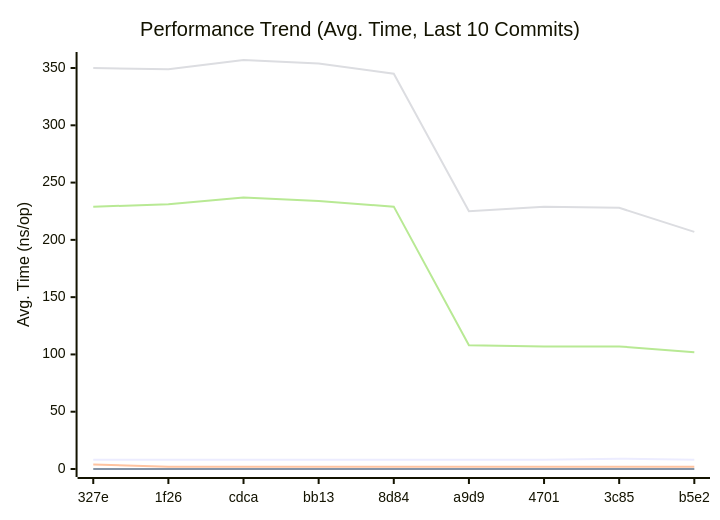
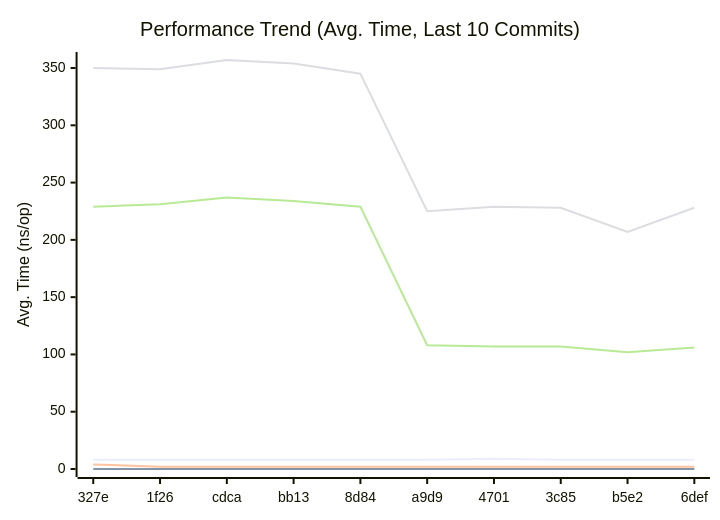
One commit to alsotoes/momo changed the first of 3 diagrams in doc/README.md. Above: the diagram before and after it, drawn with Mermaid. The commit also changed other lines of this file and 1 other file, not shown here.

````diff
--- a/doc/README.md
+++ b/doc/README.md
@@ -290,12 +290,12 @@
 ```mermaid
 xychart-beta
     title "Performance Trend (Avg. Time, Last 10 Commits)"
     x-axis "Commit"
     y-axis "Avg. Time (ns/op)"
-    x-axis [327e,1f26,cdca,bb13,8d84,a9d9,4701,3c85,b5e2]
-    line "CheckMetricsAndSwap" [8,8,8,8,8,8,8,9,8,8]
+    x-axis [327e,1f26,cdca,bb13,8d84,a9d9,4701,3c85,b5e2,6def]
+    line "CheckMetricsAndSwap" [8,8,8,8,8,8,9,8,8,8]
     line "IndexDirectTracking" [0,0,0,0,0,0,0,0,0,0]
     line "IndexSearch" [4,2,2,2,2,2,2,2,2,2]
-    line "ParseReplicationOrder_NoPrealloc" [350,349,357,354,345,225,229,228,207]
-    line "ParseReplicationOrder_Prealloc" [229,231,237,234,229,108,107,107,102]
+    line "ParseReplicationOrder_NoPrealloc" [350,349,357,354,345,225,229,228,207,228]
+    line "ParseReplicationOrder_Prealloc" [229,231,237,234,229,108,107,107,102,106]
 ```
````
